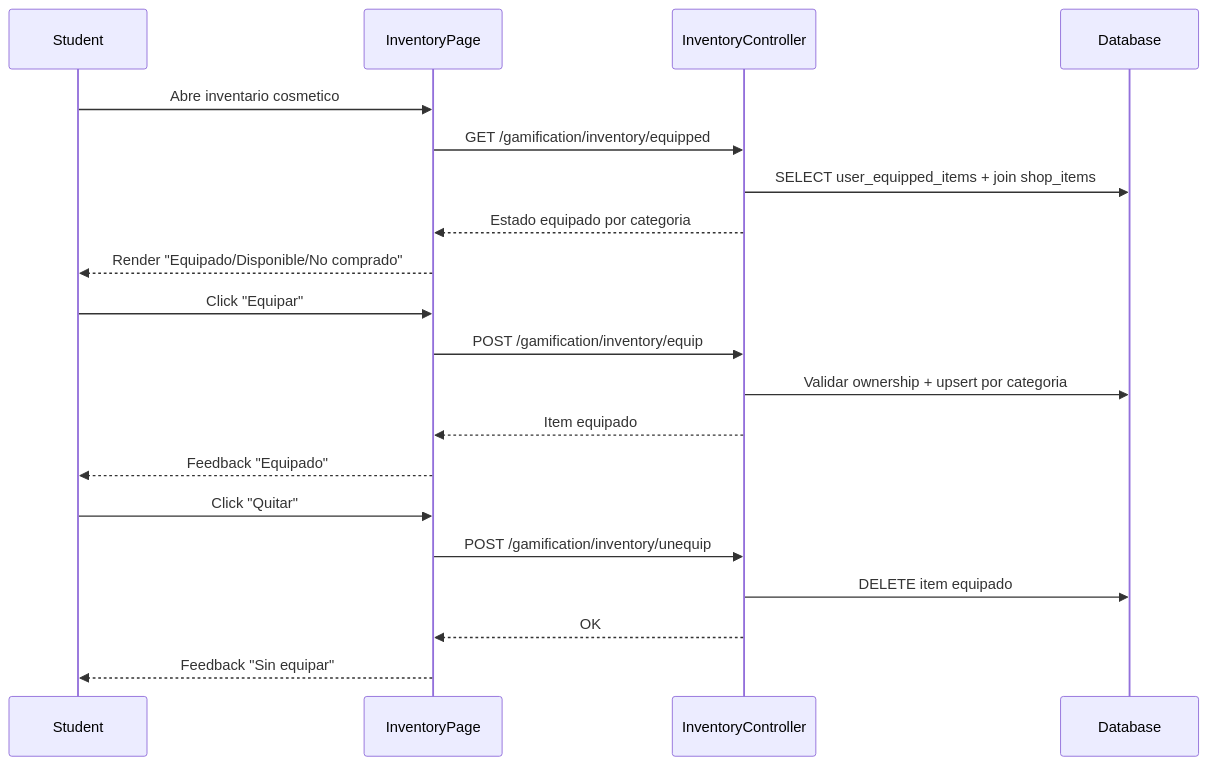
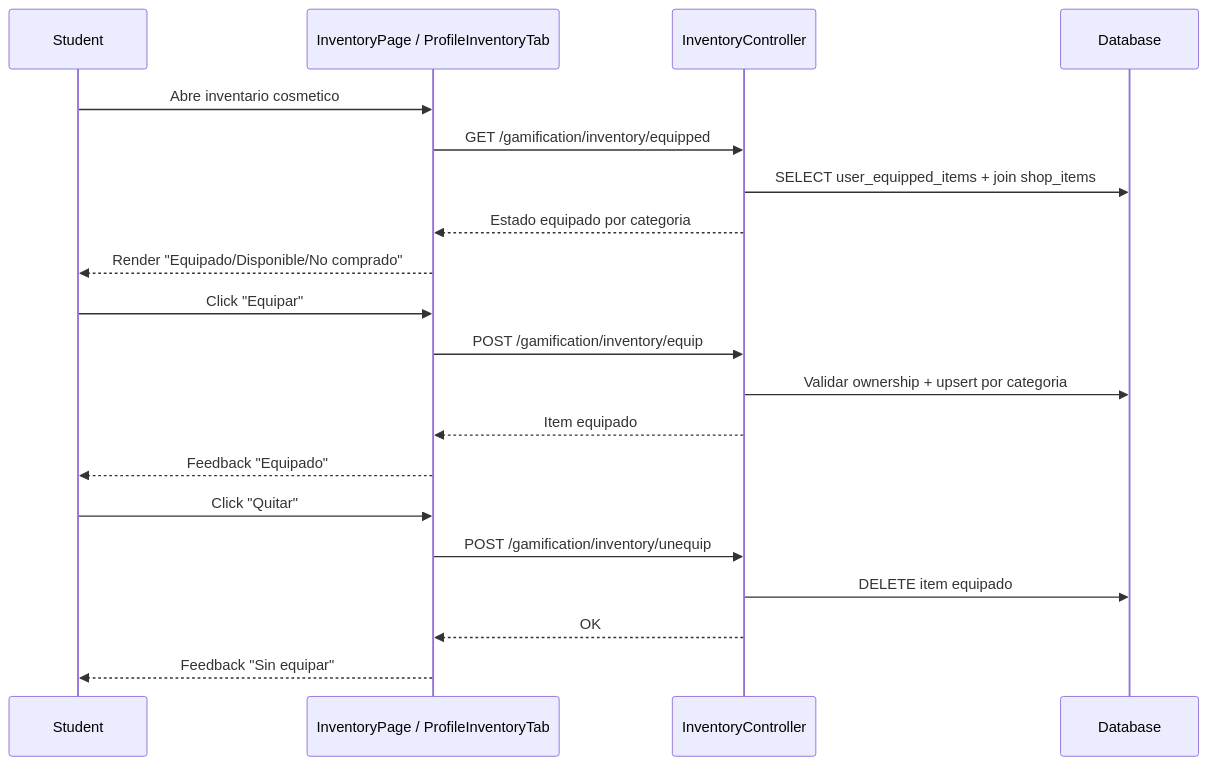
One commit to rckrdmrd/gamilit-workspace changed the diagram in docs/30-ux-ui/flujos/student/FLUJO-EQUIPAMIENTO-ITEMS-COSMETICOS.md. Above: the diagram before and after it, drawn with Mermaid. The commit also changed other lines of this file and 953 other files, not shown here.

````diff
--- a/docs/30-ux-ui/flujos/student/FLUJO-EQUIPAMIENTO-ITEMS-COSMETICOS.md
+++ b/docs/30-ux-ui/flujos/student/FLUJO-EQUIPAMIENTO-ITEMS-COSMETICOS.md
@@ -19,25 +19,25 @@
 ```mermaid
 sequenceDiagram
     participant U as Student
-    participant FE as InventoryPage
+    participant FE as InventoryPage / ProfileInventoryTab
     participant BE as InventoryController
     participant DB as Database
 
     U->>FE: Abre inventario cosmetico
     FE->>BE: GET /gamification/inventory/equipped
     BE->>DB: SELECT user_equipped_items + join shop_items
     BE-->>FE: Estado equipado por categoria
     FE-->>U: Render "Equipado/Disponible/No comprado"
 
     U->>FE: Click "Equipar"
     FE->>BE: POST /gamification/inventory/equip
     BE->>DB: Validar ownership + upsert por categoria
     BE-->>FE: Item equipado
     FE-->>U: Feedback "Equipado"
 
     U->>FE: Click "Quitar"
     FE->>BE: POST /gamification/inventory/unequip
     BE->>DB: DELETE item equipado
     BE-->>FE: OK
     FE-->>U: Feedback "Sin equipar"
 ```
````
